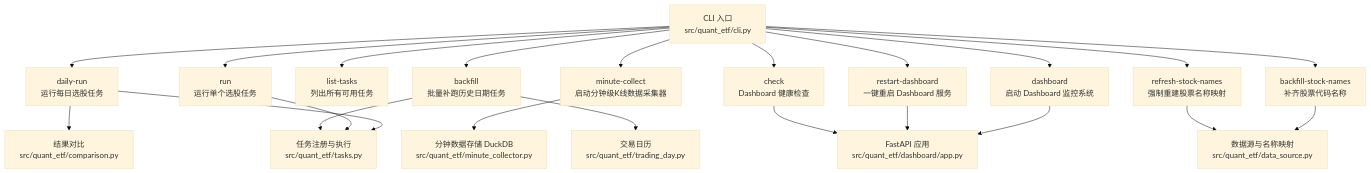
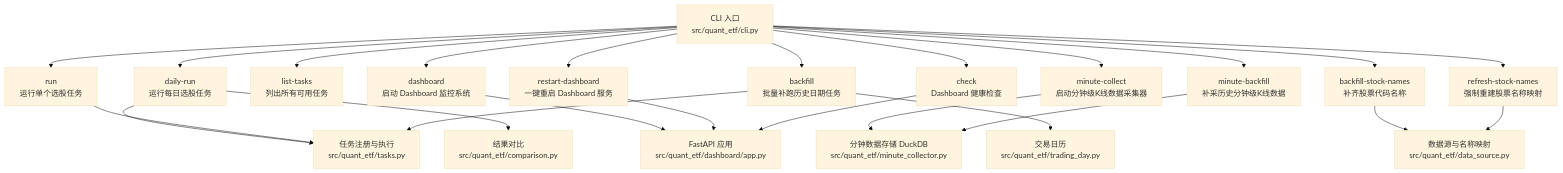
One commit to ldeng76/quant-ETF changed the first of 4 diagrams in .qoder/repowiki/zh/content/CLI命令参考/CLI命令参考.md. Above: the diagram before and after it, drawn with Mermaid (base theme). The commit also changed other lines of this file and 18 other files, not shown here.

````diff
--- a/.qoder/repowiki/zh/content/CLI命令参考/CLI命令参考.md
+++ b/.qoder/repowiki/zh/content/CLI命令参考/CLI命令参考.md
@@ -46,24 +49,26 @@
 ```mermaid
 graph TB
 CLI["CLI 入口<br/>src/quant_etf/cli.py"] --> DailyRun["daily-run<br/>运行每日选股任务"]
 CLI --> RunCmd["run<br/>运行单个选股任务"]
 CLI --> ListTasks["list-tasks<br/>列出所有可用任务"]
 CLI --> Dashboard["dashboard<br/>启动 Dashboard 监控系统"]
 CLI --> MinuteCollect["minute-collect<br/>启动分钟级K线数据采集器"]
+CLI --> MinuteBackfill["minute-backfill<br/>补采历史分钟级K线数据"]
 CLI --> Backfill["backfill<br/>批量补跑历史日期任务"]
 CLI --> RestartDash["restart-dashboard<br/>一键重启 Dashboard 服务"]
 CLI --> CheckDash["check<br/>Dashboard 健康检查"]
 CLI --> BackfillNames["backfill-stock-names<br/>补齐股票代码名称"]
 CLI --> RefreshNames["refresh-stock-names<br/>强制重建股票名称映射"]
 DailyRun --> Tasks["任务注册与执行<br/>src/quant_etf/tasks.py"]
 RunCmd --> Tasks
 Backfill --> Tasks
 Backfill --> TradingDay["交易日历<br/>src/quant_etf/trading_day.py"]
 DailyRun --> Compare["结果对比<br/>src/quant_etf/comparison.py"]
 MinuteCollect --> MinuteDB["分钟数据存储 DuckDB<br/>src/quant_etf/minute_collector.py"]
+MinuteBackfill --> MinuteDB
 Dashboard --> DashApp["FastAPI 应用<br/>src/quant_etf/dashboard/app.py"]
 RestartDash --> DashApp
 CheckDash --> DashApp
 BackfillNames --> DataSource["数据源与名称映射<br/>src/quant_etf/data_source.py"]
 RefreshNames --> DataSource
 ```
````
